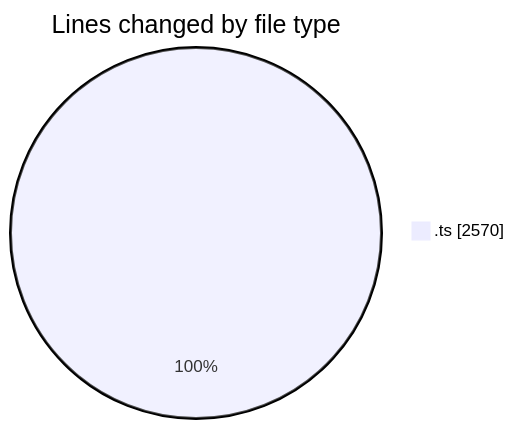
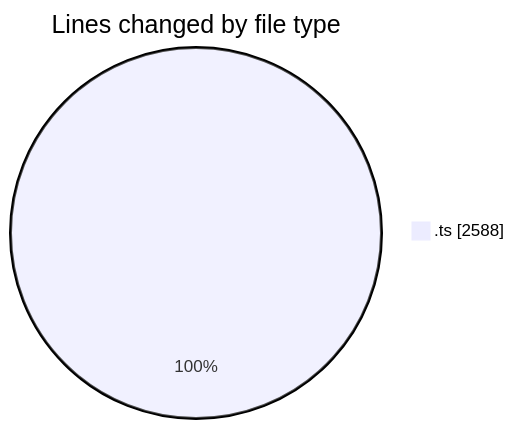
One commit to momahboobian/code-tracking changed the first of 2 diagrams in 2025-06-27/cda/README.md. Above: the diagram before and after it, drawn with Mermaid. The commit also changed other lines of this file and 1 other file, not shown here.

````diff
--- a/2025-06-27/cda/README.md
+++ b/2025-06-27/cda/README.md
@@ -25,5 +25,5 @@
 ```mermaid
 pie showData
 title Lines changed by file type
-".ts" : 2570
+".ts" : 2588
 ```
````
